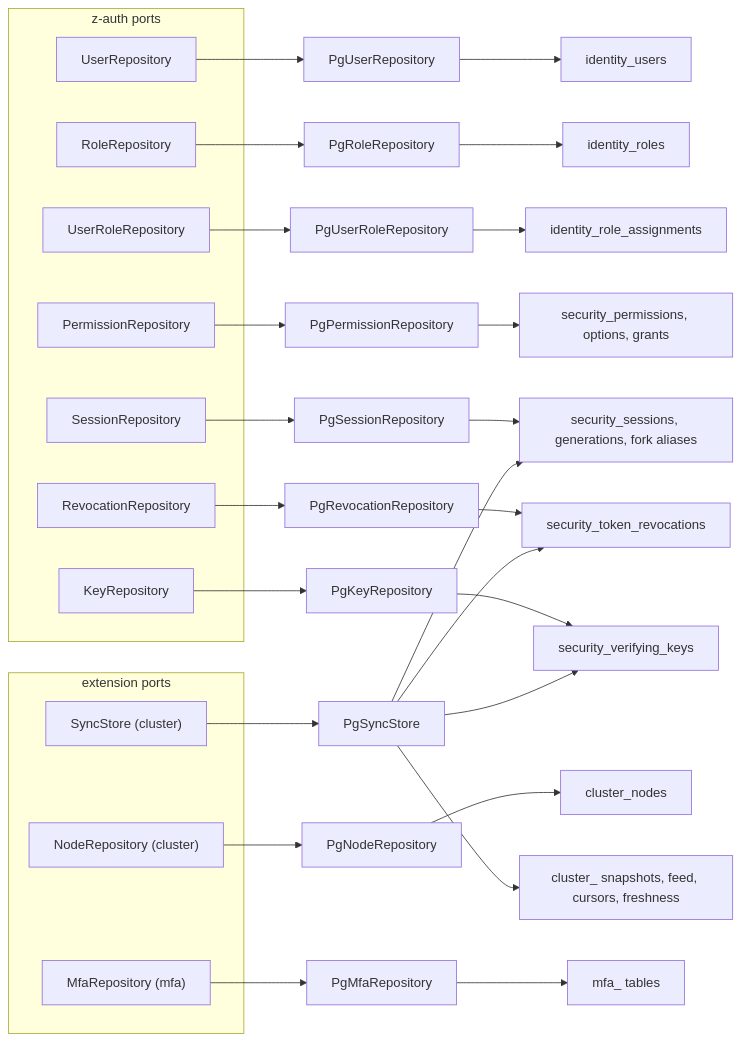
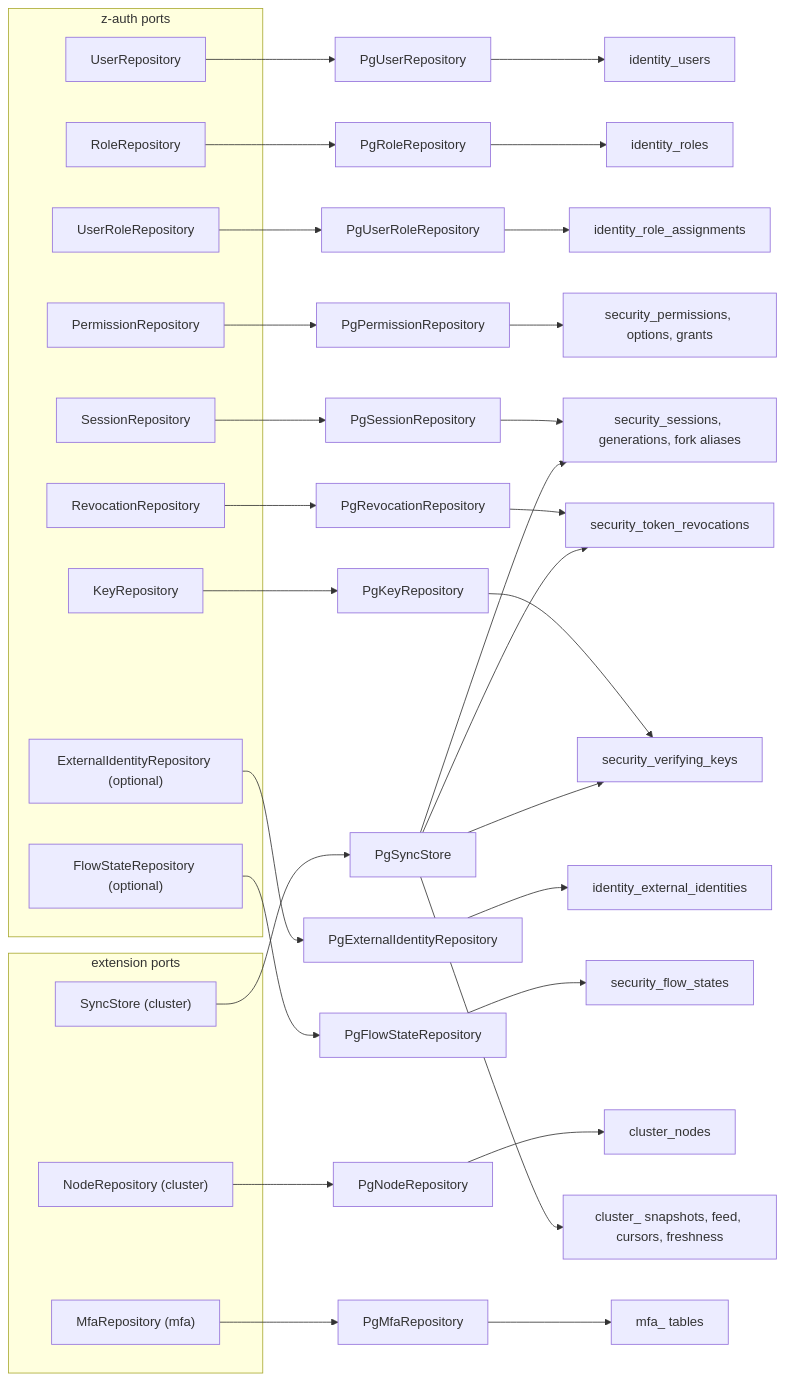
Before and after one commit to eugenezimin/auth-lib: the diagram in adapters/postgres/README.md, drawn with Mermaid. The commit also changed other lines of this file and 19 other files, not shown here.

First line of the commit message:
Document external identities and z-auth-sso

````diff
--- a/adapters/postgres/README.md
+++ b/adapters/postgres/README.md
@@ -61,40 +65,46 @@
 ```mermaid
 flowchart LR
     subgraph core["z-auth ports"]
         U[UserRepository]
         R[RoleRepository]
         UR[UserRoleRepository]
         P[PermissionRepository]
         S[SessionRepository]
         RV[RevocationRepository]
         K[KeyRepository]
+        EI["ExternalIdentityRepository (optional)"]
+        FS["FlowStateRepository (optional)"]
     end
     subgraph ext["extension ports"]
         N["NodeRepository (cluster)"]
         SY["SyncStore (cluster)"]
         M["MfaRepository (mfa)"]
     end
     U --> PgU[PgUserRepository]
     R --> PgR[PgRoleRepository]
     UR --> PgUR[PgUserRoleRepository]
     P --> PgP[PgPermissionRepository]
     S --> PgS[PgSessionRepository]
     RV --> PgRV[PgRevocationRepository]
     K --> PgK[PgKeyRepository]
     N --> PgN[PgNodeRepository]
     SY --> PgSY[PgSyncStore]
     M --> PgM[PgMfaRepository]
+    EI --> PgEI[PgExternalIdentityRepository]
+    FS --> PgFS[PgFlowStateRepository]
     PgU --> TI["identity_users"]
     PgR --> TR["identity_roles"]
     PgUR --> TRA["identity_role_assignments"]
     PgP --> TP["security_permissions, options, grants"]
     PgS --> TS["security_sessions, generations, fork aliases"]
     PgRV --> TRV["security_token_revocations"]
     PgK --> TK["security_verifying_keys"]
     PgN --> TN["cluster_nodes"]
     PgSY --> TF["cluster_ snapshots, feed, cursors, freshness"]
     PgSY --> TS
     PgSY --> TRV
     PgSY --> TK
     PgM --> TM["mfa_ tables"]
+    PgEI --> TEI["identity_external_identities"]
+    PgFS --> TFS["security_flow_states"]
 ```
````
